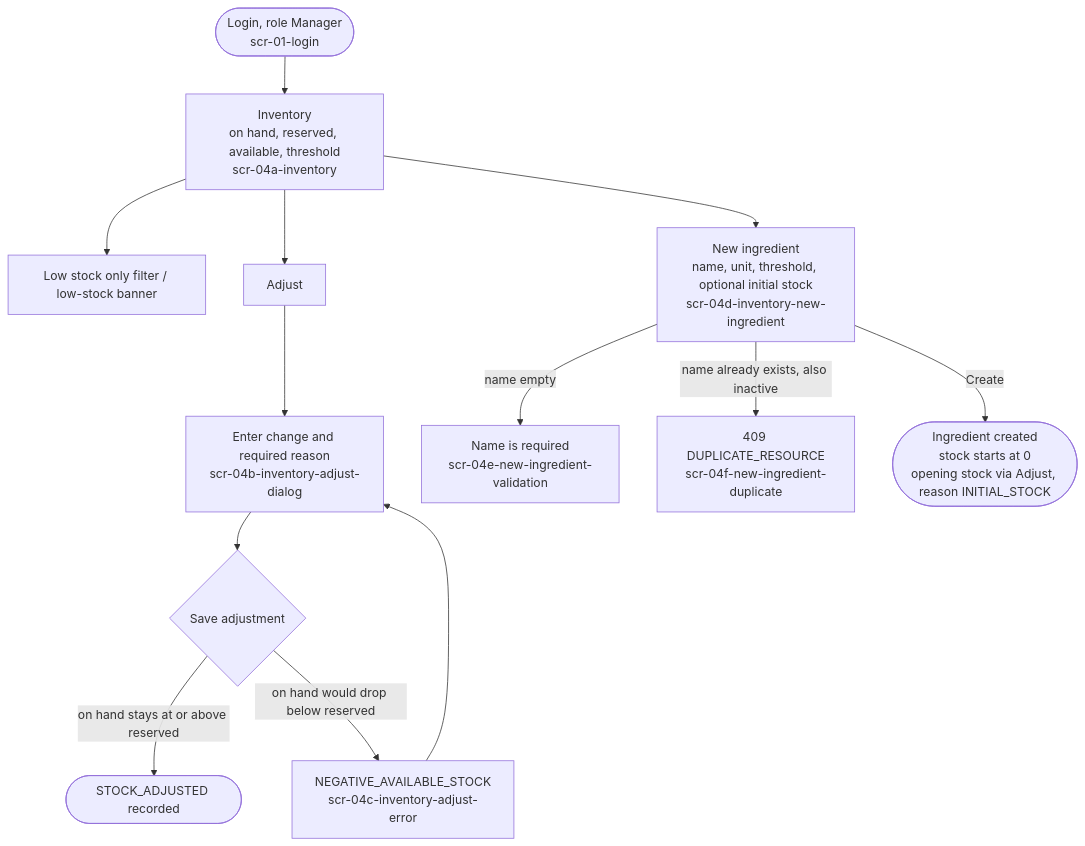
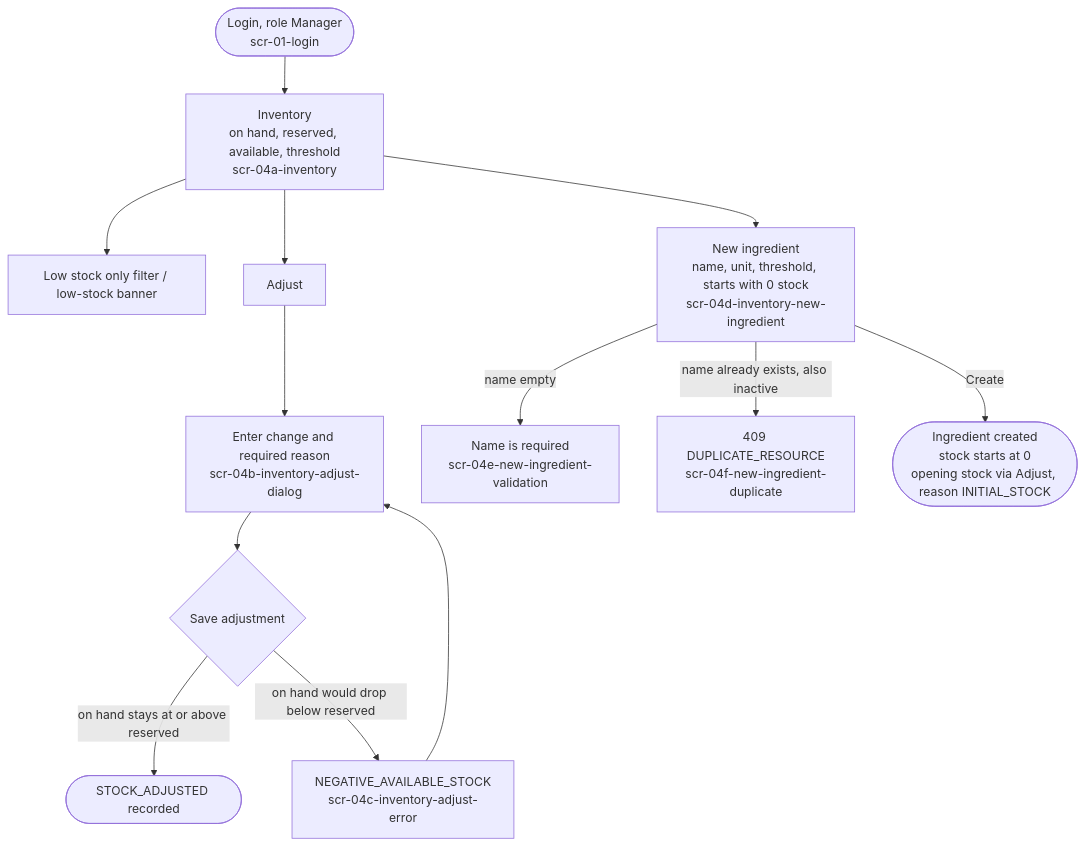
Before and after one commit to seng321-7th-team/PantryChef: the fifth of 8 diagrams in docs/ui-ux/user-flows.md, drawn with Mermaid. The commit also changed other lines of this file, not shown here.

Commit message:
Record zero-stock Figma re-export in the ingredient flow (#52)

````diff
--- a/docs/ui-ux/user-flows.md
+++ b/docs/ui-ux/user-flows.md
@@ -96,15 +96,15 @@
 ```mermaid
 flowchart TD
     A([Login, role Manager<br/>scr-01-login]) --> B[Inventory<br/>on hand, reserved, available, threshold<br/>scr-04a-inventory]
     B --> C[Low stock only filter / low-stock banner]
     B --> D[Adjust]
     D --> E[Enter change and required reason<br/>scr-04b-inventory-adjust-dialog]
     E --> F{Save adjustment}
     F -->|on hand stays at or above reserved| G([STOCK_ADJUSTED recorded])
     F -->|on hand would drop below reserved| H[NEGATIVE_AVAILABLE_STOCK<br/>scr-04c-inventory-adjust-error]
     H --> E
-    B --> I[New ingredient<br/>name, unit, threshold, optional initial stock<br/>scr-04d-inventory-new-ingredient]
+    B --> I[New ingredient<br/>name, unit, threshold, starts with 0 stock<br/>scr-04d-inventory-new-ingredient]
     I -->|name empty| J[Name is required<br/>scr-04e-new-ingredient-validation]
     I -->|name already exists, also inactive| K[409 DUPLICATE_RESOURCE<br/>scr-04f-new-ingredient-duplicate]
     I -->|Create| L([Ingredient created<br/>stock starts at 0<br/>opening stock via Adjust, reason INITIAL_STOCK])
 ```
````
